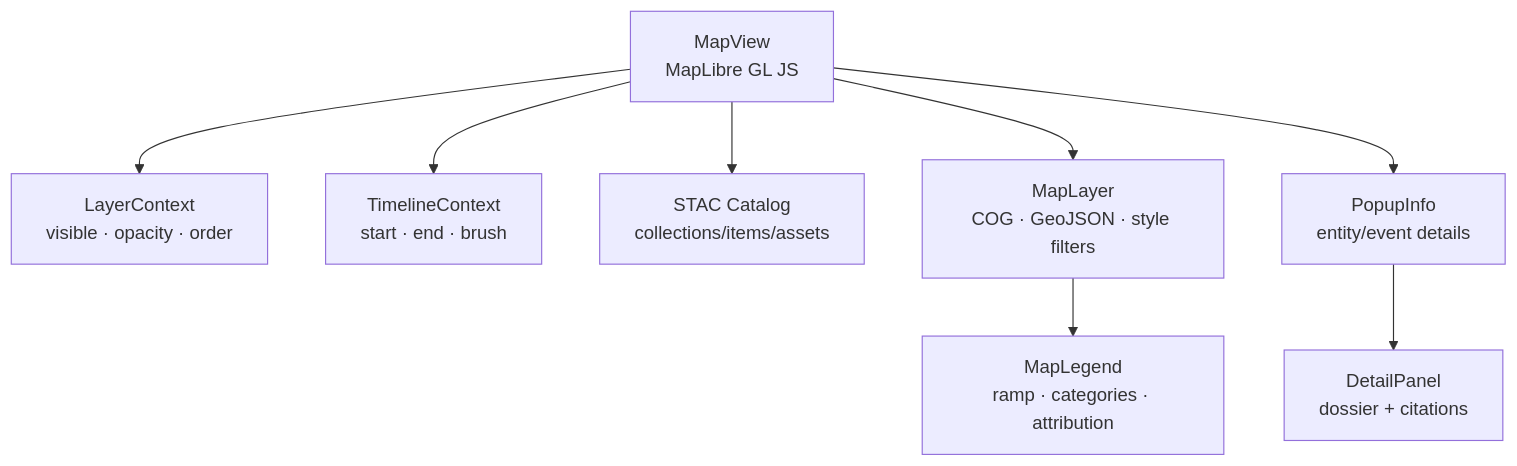
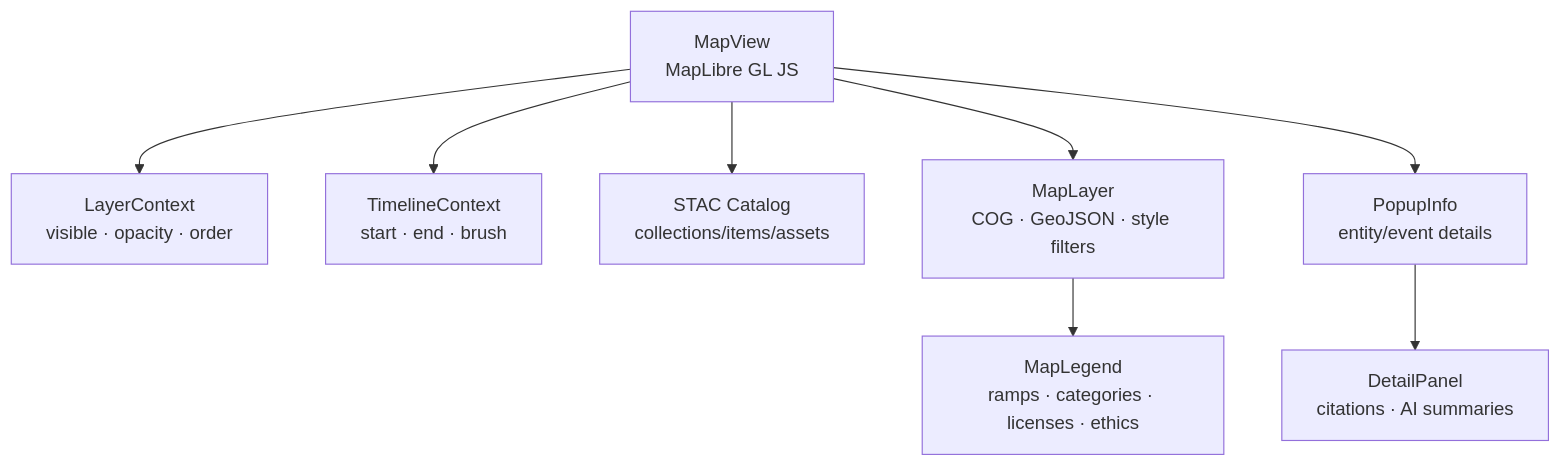
One commit to bartytime4life/Kansas-Frontier-Matrix changed the diagram in web/src/components/MapView/README.md. Above: the diagram before and after it, drawn with Mermaid. The commit also changed other lines of this file, not shown here.

````diff
--- a/web/src/components/MapView/README.md
+++ b/web/src/components/MapView/README.md
@@ -44,11 +88,10 @@
 ```mermaid
 flowchart TD
   MV["MapView<br/>MapLibre GL JS"] --> LCTX["LayerContext<br/>visible · opacity · order"]
   MV --> TLX["TimelineContext<br/>start · end · brush"]
   MV --> STAC["STAC Catalog<br/>collections/items/assets"]
   MV --> ML["MapLayer<br/>COG · GeoJSON · style filters"]
   MV --> POP["PopupInfo<br/>entity/event details"]
-  ML --> LEG["MapLegend<br/>ramp · categories · attribution"]
-  POP --> DP["DetailPanel<br/>dossier + citations"]
-%% END OF MERMAID
+  ML --> LEG["MapLegend<br/>ramps · categories · licenses · ethics"]
+  POP --> DP["DetailPanel<br/>citations · AI summaries"]
 ```
````
